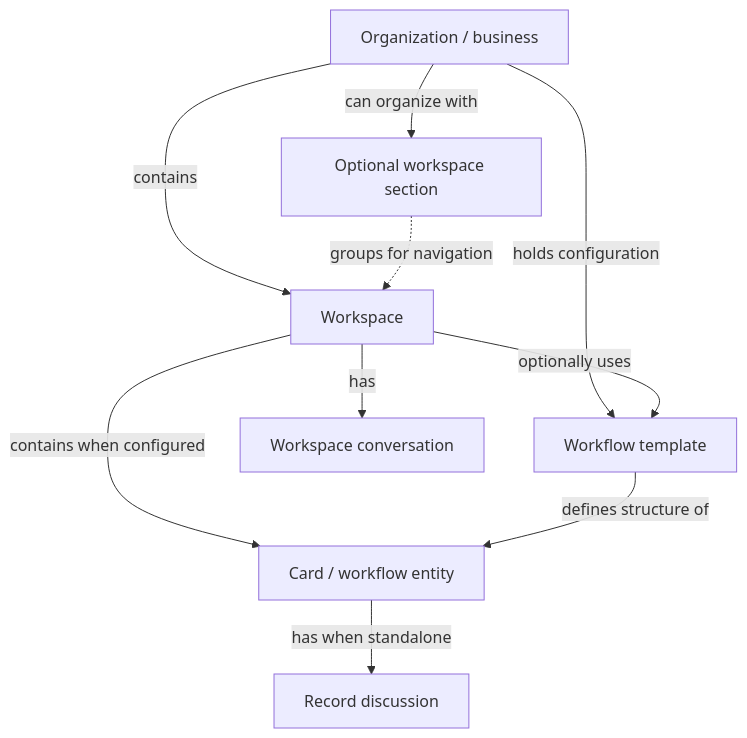
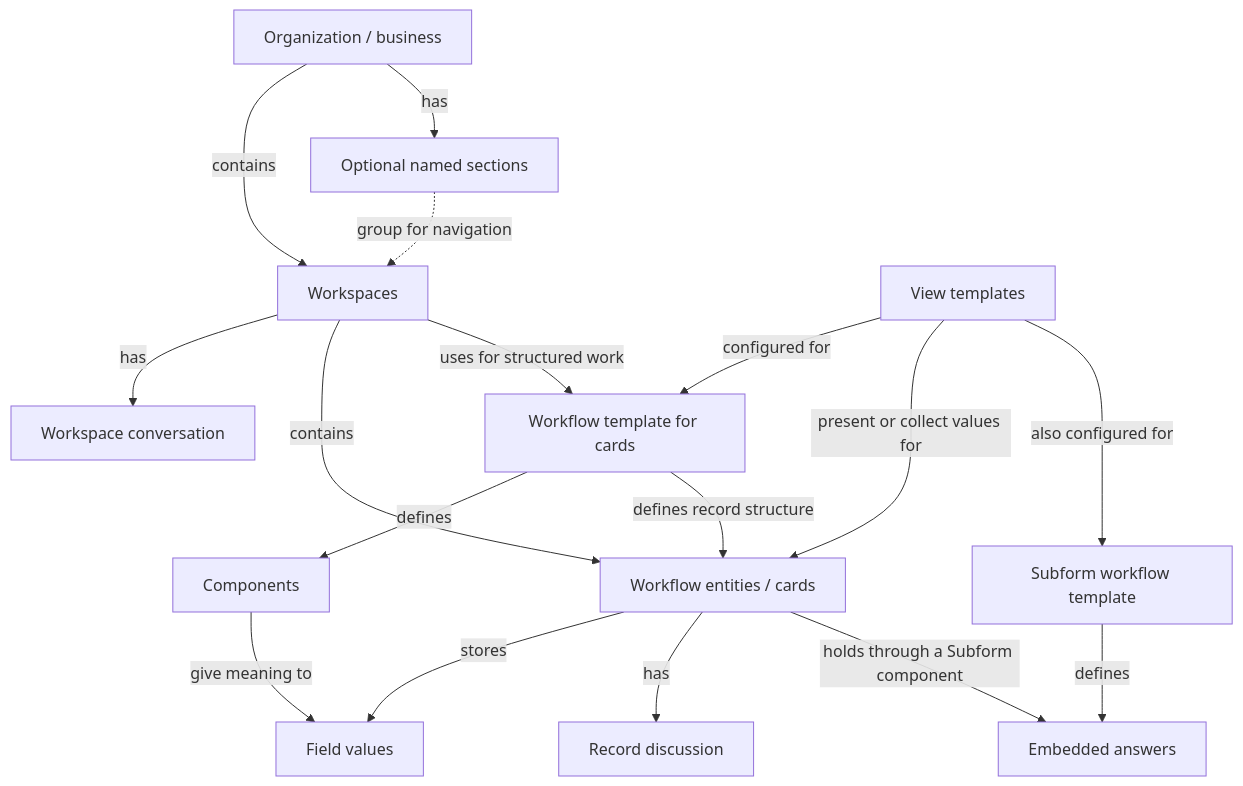
One commit to coast-app/agent-plugins changed the diagram in plugins/coast-context/skills/coast-product-context/references/product-model.md. Above: the diagram before and after it, drawn with Mermaid. The commit also changed other lines of this file and 35 other files, not shown here.

````diff
--- a/plugins/coast-context/skills/coast-product-context/references/product-model.md
+++ b/plugins/coast-context/skills/coast-product-context/references/product-model.md
@@ -9,12 +50,19 @@
 ```mermaid
 flowchart TD
-    Organization[Organization / business] -->|contains| Workspace[Workspace]
-    Organization -->|holds configuration| Template[Workflow template]
-    Organization -->|can organize with| Section[Optional workspace section]
-    Section -.->|groups for navigation| Workspace
-    Workspace -->|has| Conversation[Workspace conversation]
-    Workspace -->|optionally uses| Template
-    Workspace -->|contains when configured| Record[Card / workflow entity]
-    Template -->|defines structure of| Record
-    Record -->|has when standalone| Discussion[Record discussion]
+    O[Organization / business] -->|contains| W[Workspaces]
+    O -->|has| S[Optional named sections]
+    S -.->|group for navigation| W
+    W -->|has| WC[Workspace conversation]
+    W -->|contains| E[Workflow entities / cards]
+    W -->|uses for structured work| T[Workflow template for cards]
+    T -->|defines| C[Components]
+    T -->|defines record structure| E
+    E -->|stores| V[Field values]
+    C -->|give meaning to| V
+    E -->|has| EC[Record discussion]
+    VT[View templates] -->|configured for| T
+    VT -->|present or collect values for| E
+    SF[Subform workflow template] -->|defines| A[Embedded answers]
+    E -->|holds through a Subform component| A
+    VT -->|also configured for| SF
 ```
````
